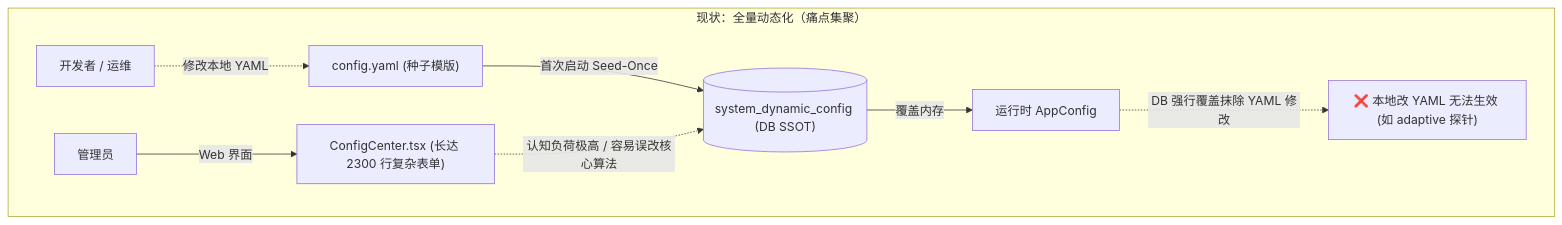
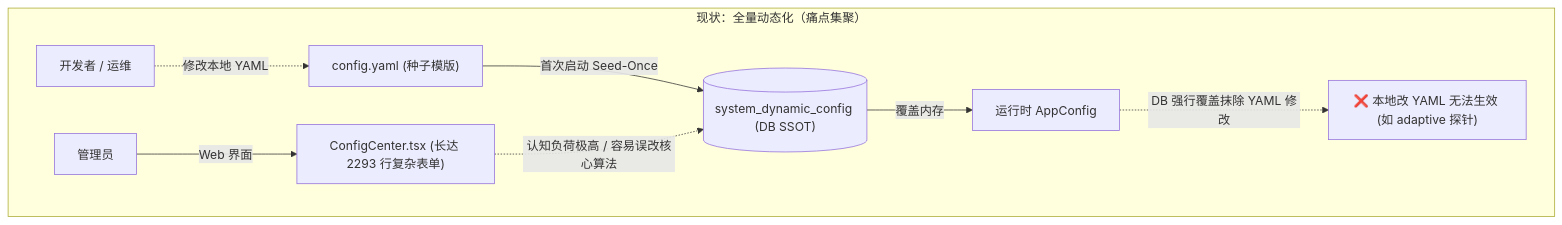
One commit to fugui/code-shield changed the first of 3 diagrams in docs/03-rfcs/RFC-005-系统配置动静分离与算力管理极简化重构设计.md. Above: the diagram before and after it, drawn with Mermaid. The commit also changed other lines of this file and 1 other file, not shown here.

````diff
--- a/docs/03-rfcs/RFC-005-系统配置动静分离与算力管理极简化重构设计.md
+++ b/docs/03-rfcs/RFC-005-系统配置动静分离与算力管理极简化重构设计.md
@@ -23,11 +32,11 @@
 ```mermaid
 graph TD
     subgraph Current ["现状：全量动态化（痛点集聚）"]
         YAML["config.yaml (种子模版)"] -->|首次启动 Seed-Once| DB[("system_dynamic_config (DB SSOT)")]
         DB -->|覆盖内存| Memory["运行时 AppConfig"]
         Dev["开发者 / 运维"] -.->|修改本地 YAML| YAML
         Memory -.->|DB 强行覆盖抹除 YAML 修改| Leak["❌ 本地改 YAML 无法生效 (如 adaptive 探针)"]
-        Admin["管理员"] -->|Web 界面| UI["ConfigCenter.tsx (长达 2300 行复杂表单)"]
+        Admin["管理员"] -->|Web 界面| UI["ConfigCenter.tsx (长达 2293 行复杂表单)"]
         UI -.->|认知负荷极高 / 容易误改核心算法| DB
     end
 ```
````
